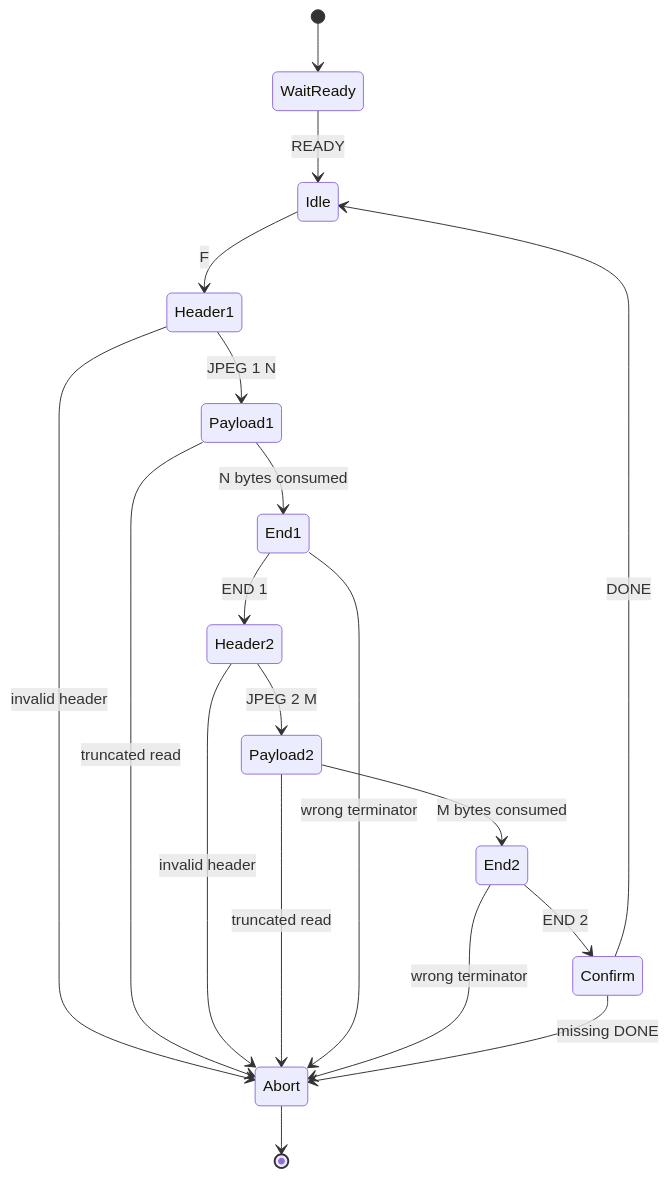
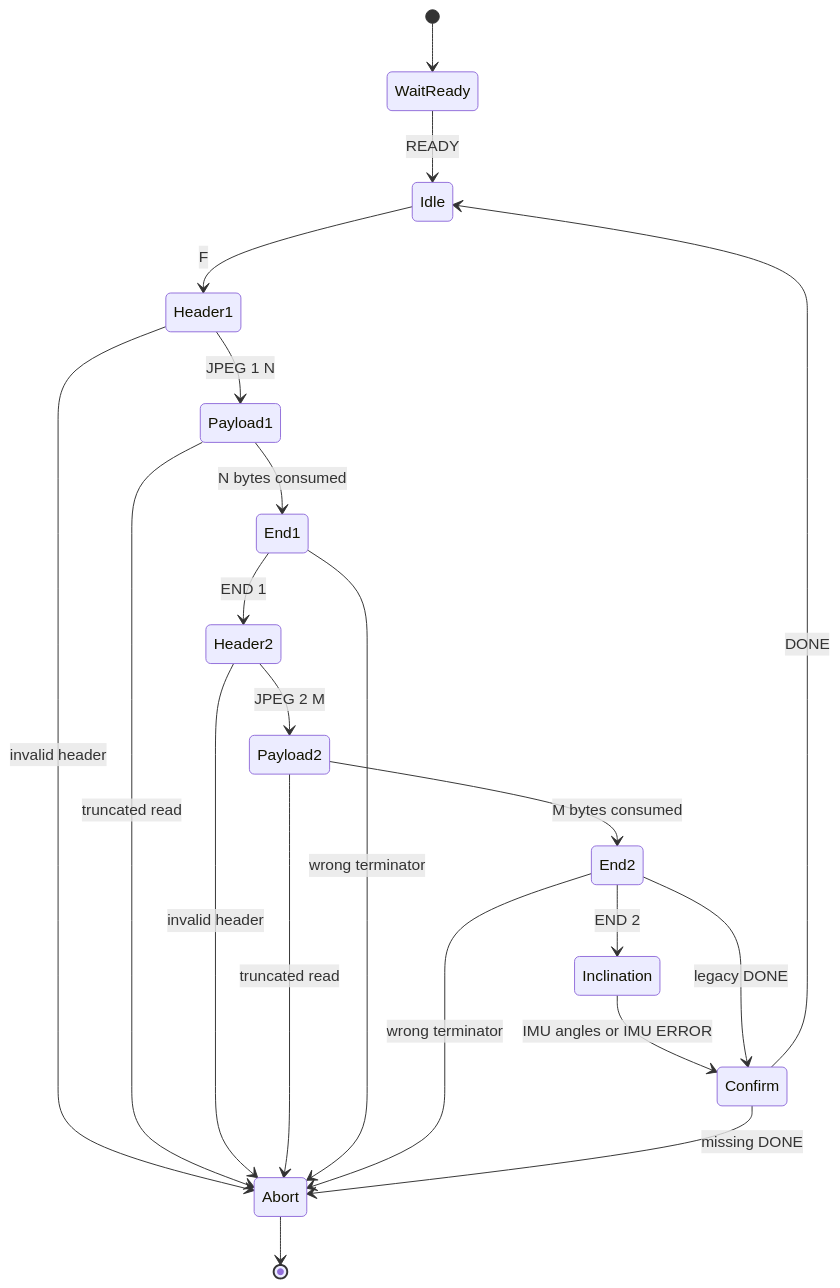
Before and after one commit to Joseph-Lombardi/ESP32-S3-Dual-Camera-System: the diagram in docs/SERIAL_PROTOCOL.md, drawn with Mermaid. The commit also changed other lines of this file and 11 other files, not shown here.

````diff
--- a/docs/SERIAL_PROTOCOL.md
+++ b/docs/SERIAL_PROTOCOL.md
@@ -23,21 +24,23 @@
 ```mermaid
 stateDiagram-v2
     [*] --> WaitReady
     WaitReady --> Idle: READY
     Idle --> Header1: F
     Header1 --> Payload1: JPEG 1 N
     Payload1 --> End1: N bytes consumed
     End1 --> Header2: END 1
     Header2 --> Payload2: JPEG 2 M
     Payload2 --> End2: M bytes consumed
-    End2 --> Confirm: END 2
+    End2 --> Inclination: END 2
+    Inclination --> Confirm: IMU angles or IMU ERROR
+    End2 --> Confirm: legacy DONE
     Confirm --> Idle: DONE
     Header1 --> Abort: invalid header
     Payload1 --> Abort: truncated read
     Header2 --> Abort: invalid header
     Payload2 --> Abort: truncated read
     End1 --> Abort: wrong terminator
     End2 --> Abort: wrong terminator
     Confirm --> Abort: missing DONE
     Abort --> [*]
 ```
````
